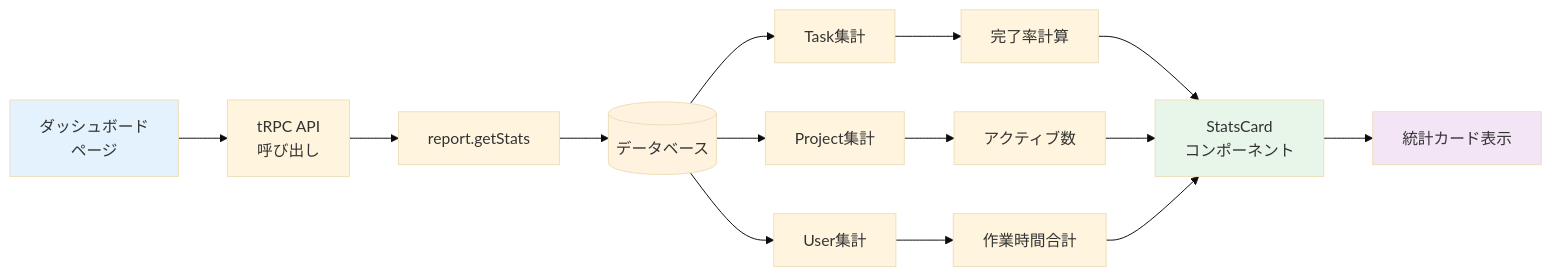
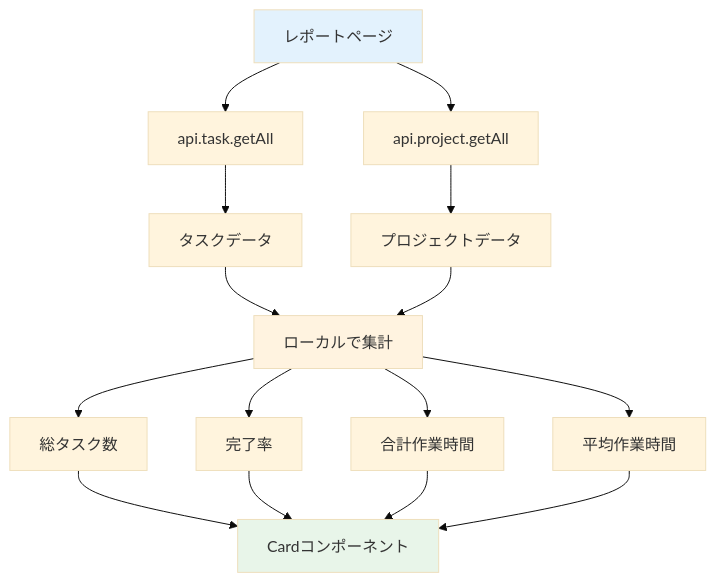
Before and after one commit to kouiso/task-app: the diagram in material/30days-curriculum/day21_統計カードを表示.md, drawn with Mermaid (base theme). The commit also changed other lines of this file and 36 other files, not shown here.

````diff
--- a/material/30days-curriculum/day21_統計カードを表示.md
+++ b/material/30days-curriculum/day21_統計カードを表示.md
@@ -15,26 +24,21 @@
 ```mermaid
-flowchart LR
-    A[ダッシュボード<br/>ページ] --> B[tRPC API<br/>呼び出し]
-    B --> C[report.getStats]
-
-    C --> D[(データベース)]
-
-    D --> E[Task集計]
-    D --> F[Project集計]
-    D --> G[User集計]
-
-    E --> H[完了率計算]
-    F --> I[アクティブ数]
-    G --> J[作業時間合計]
-
-    H --> K[StatsCard<br/>コンポーネント]
+graph TD
+    A[レポートページ] --> B[api.task.getAll]
+    A --> C[api.project.getAll]
+    B --> D[タスクデータ]
+    C --> E[プロジェクトデータ]
+    D --> F[ローカルで集計]
+    E --> F
+    F --> G[総タスク数]
+    F --> H[完了率]
+    F --> I[合計作業時間]
+    F --> J[平均作業時間]
+    G --> K[Cardコンポーネント]
+    H --> K
     I --> K
     J --> K
 
-    K --> L[統計カード表示]
-
     style A fill:#e3f2fd
-    style D fill:#fff3e0
+    style F fill:#fff3e0
     style K fill:#e8f5e9
-    style L fill:#f3e5f5
 ```
````
